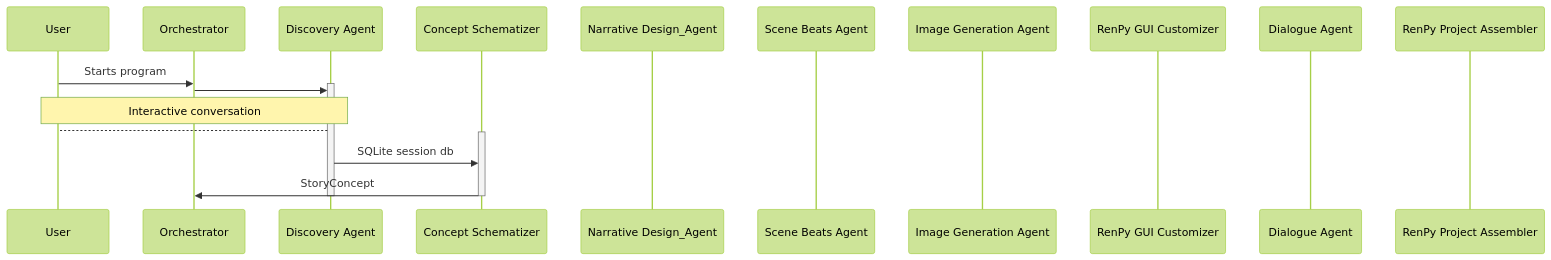
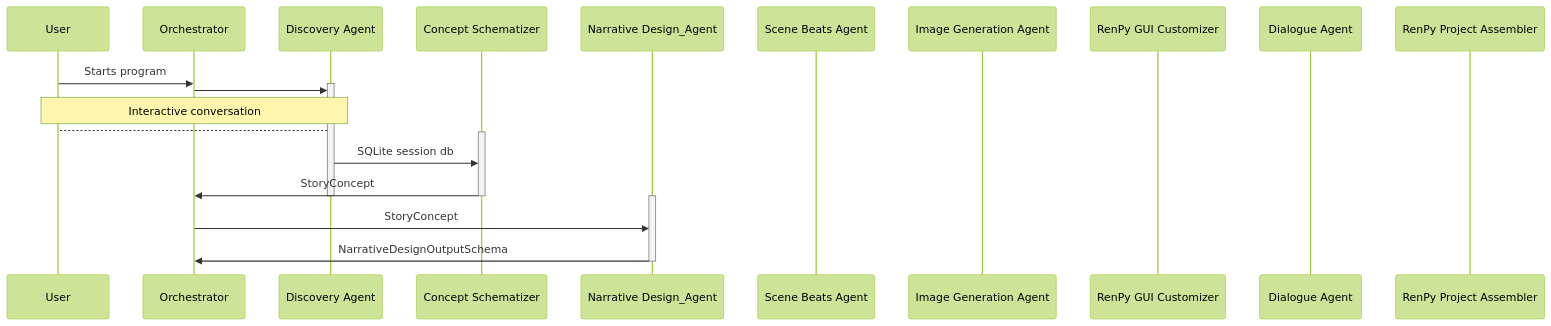
The diagram in README.md (danglenzig/KARLA_PROD), drawn with Mermaid (forest theme) before and after one commit.

````diff
--- a/README.md
+++ b/README.md
@@ -108,24 +108,29 @@
 ```mermaid
 sequenceDiagram
     participant USER as User
     participant ORCH as Orchestrator
     participant DISC as Discovery Agent
     participant CONC as Concept Schematizer
     participant NARR as Narrative Design_Agent
     participant BEAT as Scene Beats Agent
     participant ARTS as Image Generation Agent
     participant COLO as RenPy GUI Customizer
     participant DIAL as Dialogue Agent
     participant RNPY as RenPy Project Assembler
 
     USER->>ORCH: Starts program
     activate DISC
     ORCH->>DISC:
     Note over DISC,USER: Interactive conversation
     DISC-->USER:
     activate CONC
     DISC->>CONC: SQLite session db
     CONC->>ORCH: StoryConcept
     deactivate CONC
     deactivate DISC
+
+    activate NARR
+    ORCH->>NARR: StoryConcept
+    NARR->>ORCH: NarrativeDesignOutputSchema
+    deactivate NARR
 ```
````
